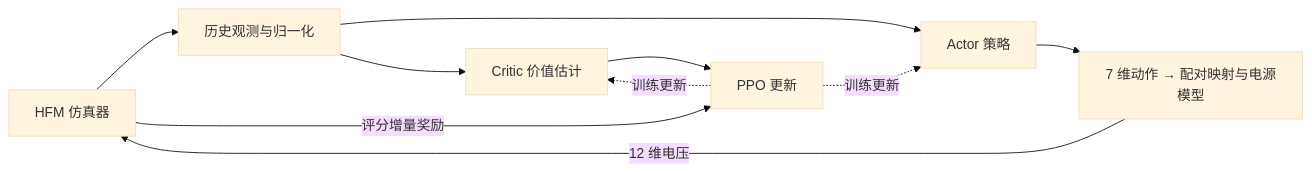
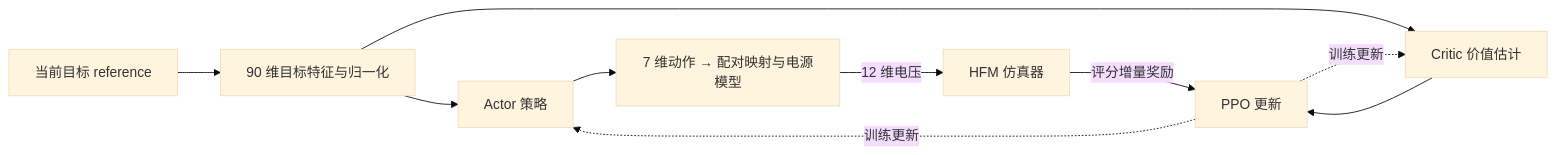
One commit to OYzhongyan/plasma-control-private changed the diagram in README.md. Above: the diagram before and after it, drawn with Mermaid (base theme). The commit also changed other lines of this file and 12 other files, not shown here.

````diff
--- a/README.md
+++ b/README.md
@@ -140,12 +140,12 @@
 ```mermaid
 flowchart LR
-    E[HFM 仿真器] --> O[历史观测与归一化]
+    R[当前目标 reference] --> O[90 维目标特征与归一化]
     O --> A[Actor 策略]
     A --> U[7 维动作 → 配对映射与电源模型]
-    U -->|12 维电压| E
+    U -->|12 维电压| E[HFM 仿真器]
     O --> C[Critic 价值估计]
     E -->|评分增量奖励| P[PPO 更新]
     C --> P
     P -.训练更新.-> A
     P -.训练更新.-> C
 ```
````
